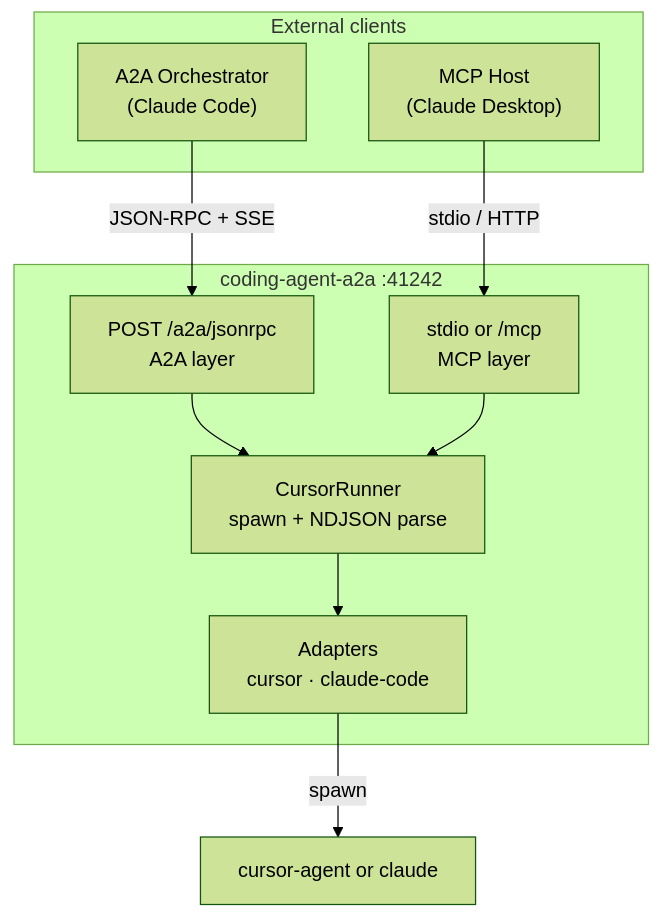
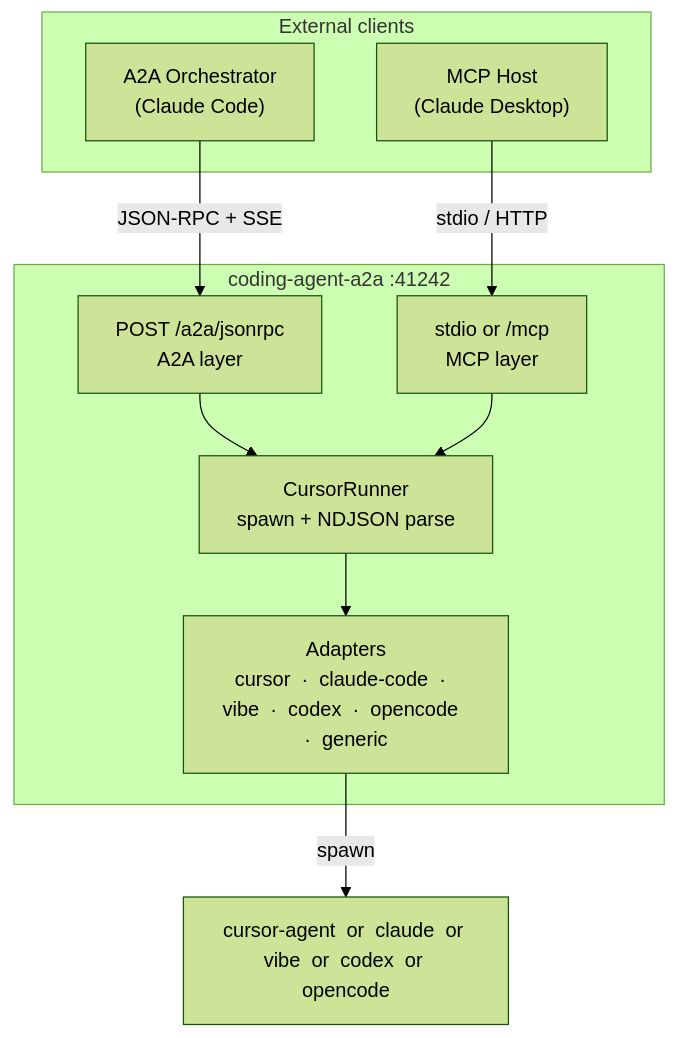
Before and after one commit to casabre/coding-agent-a2a: the diagram in README.md, drawn with Mermaid (forest theme). The commit also changed other lines of this file and 13 other files, not shown here.

First line of the commit message:
feat(adapters): add vibe, codex, opencode, generic adapters; fix ndjson and done summary

````diff
--- a/README.md
+++ b/README.md
@@ -58,23 +62,23 @@
 ```mermaid
 graph TB
     subgraph Clients["External clients"]
         MCPHost["MCP Host\n(Claude Desktop)"]
         A2AClient["A2A Orchestrator\n(Claude Code)"]
     end
 
     subgraph Server["coding-agent-a2a  :41242"]
         A2ARoute["POST /a2a/jsonrpc\nA2A layer"]
         MCPRoute["stdio or /mcp\nMCP layer"]
         Runner["CursorRunner\nspawn + NDJSON parse"]
-        Adapters["Adapters\ncursor  ·  claude-code"]
+        Adapters["Adapters\ncursor  ·  claude-code  ·  vibe  ·  codex  ·  opencode  ·  generic"]
     end
 
-    CLI["cursor-agent  or  claude"]
+    CLI["cursor-agent  or  claude  or  vibe  or  codex  or  opencode"]
 
     MCPHost   -->|"stdio / HTTP"| MCPRoute
     A2AClient -->|"JSON-RPC + SSE"| A2ARoute
     A2ARoute  --> Runner
     MCPRoute  --> Runner
     Runner    --> Adapters
     Adapters  -->|spawn| CLI
 ```
````
